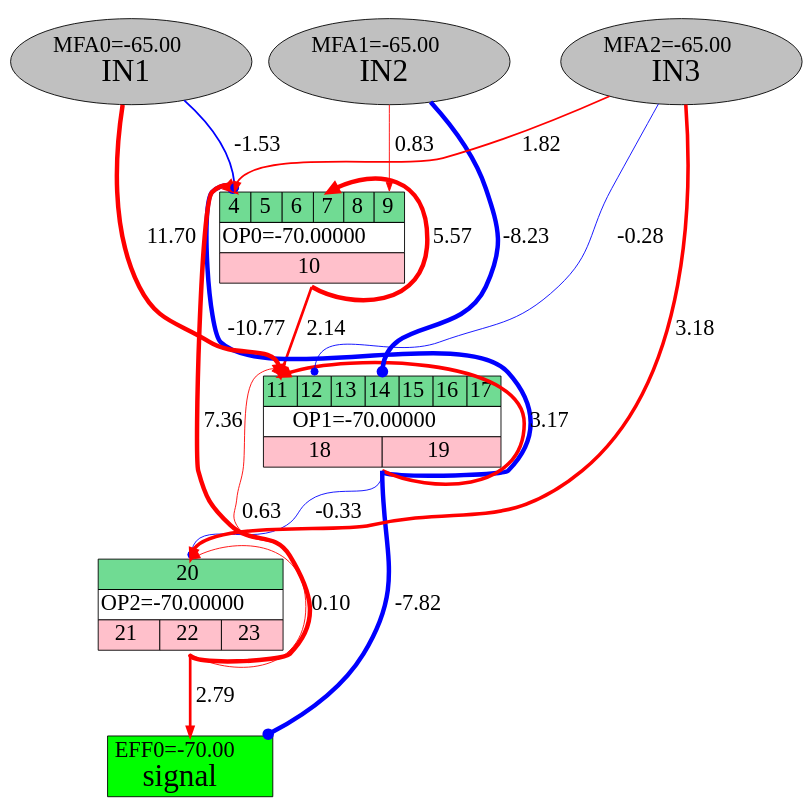
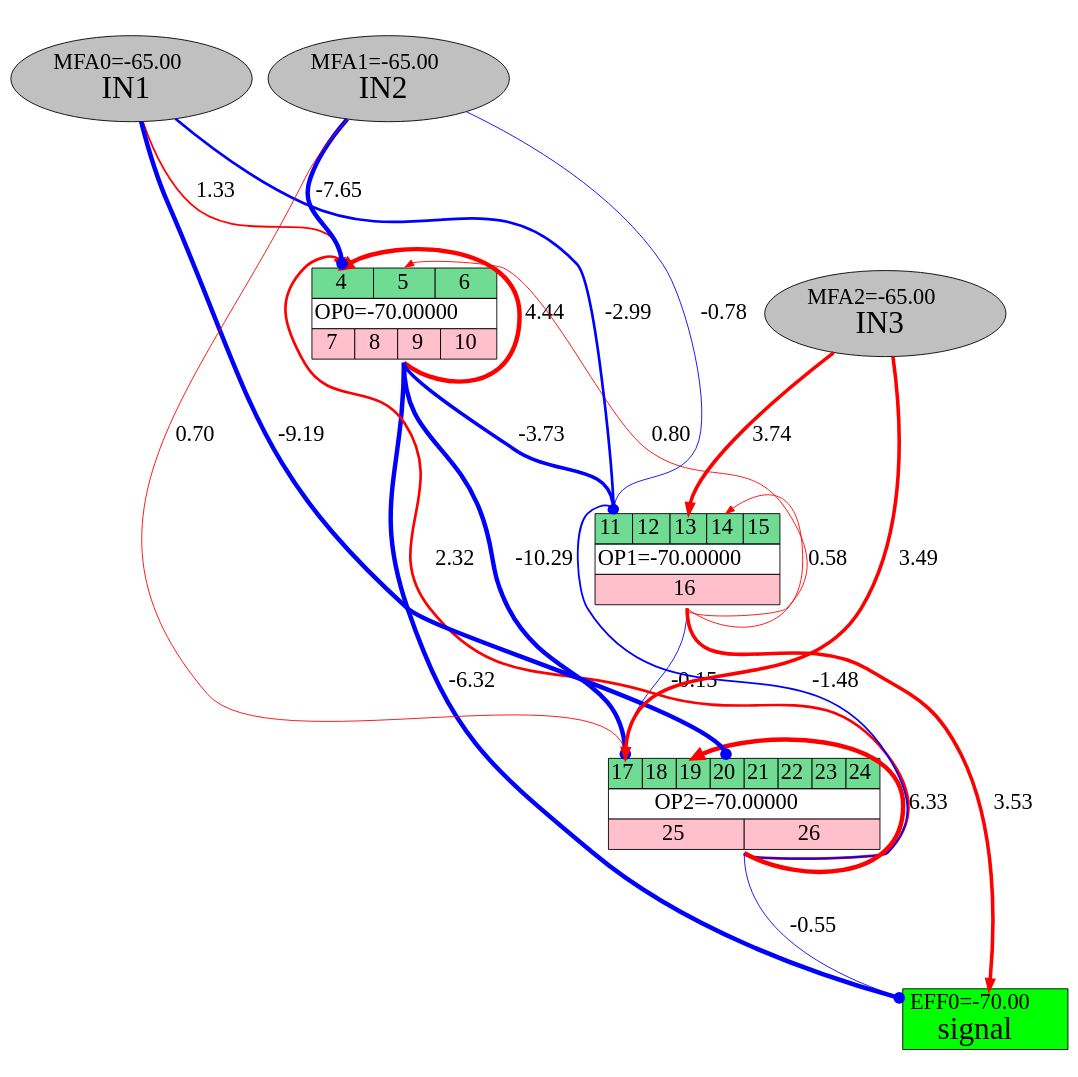
The diagram in Ch 5 Networks evolved with or without intrinsic noise/Experimental setup 1/Top 10 individuals evolved with noise/graphtemp.dot (yaqoobcs/greans-snns-tpr), drawn with Graphviz before and after one commit. The commit also changed 137 other files, not shown here.

```diff
--- a/Ch 5 Networks evolved with or without intrinsic noise/Experimental setup 1/Top 10 individuals evolved with noise/graphtemp.dot
+++ b/Ch 5 Networks evolved with or without intrinsic noise/Experimental setup 1/Top 10 individuals evolved with noise/graphtemp.dot
@@ -1,106 +1,112 @@
 digraph G {
 ratio=1;{
 	node [shape=plaintext]
 
 RU0 [label=<
 <TABLE BORDER="0" CELLBORDER="0" CELLSPACING="0" CELLPADDING="0">
  <TR><TD><TABLE BORDER="0" CELLBORDER="1" CELLSPACING="0" CELLPADDING="2"><TR>
 	<TD PORT="gene4" BGCOLOR="#70DB93"><FONT POINT-SIZE="25">4</FONT></TD>
 	<TD PORT="gene5" BGCOLOR="#70DB93"><FONT POINT-SIZE="25">5</FONT></TD>
 	<TD PORT="gene6" BGCOLOR="#70DB93"><FONT POINT-SIZE="25">6</FONT></TD>
-	<TD PORT="gene7" BGCOLOR="#70DB93"><FONT POINT-SIZE="25">7</FONT></TD>
-	<TD PORT="gene8" BGCOLOR="#70DB93"><FONT POINT-SIZE="25">8</FONT></TD>
-	<TD PORT="gene9" BGCOLOR="#70DB93"><FONT POINT-SIZE="25">9</FONT></TD>
  </TR></TABLE></TD></TR>
 
  <TR><TD><FONT POINT-SIZE="25">
 		<TABLE BORDER="0" CELLBORDER="1" CELLSPACING="0" CELLPADDING="2"><TR><TD>
 		OP0=-70.00000
 		</TD></TR></TABLE>
  </FONT></TD></TR>
 
  <TR><TD><TABLE BORDER="0" CELLBORDER="1" CELLSPACING="0" CELLPADDING="2"><TR>
+	<TD PORT="gene7" BGCOLOR="#FFC0CB"><FONT POINT-SIZE="25">7</FONT></TD>
+	<TD PORT="gene8" BGCOLOR="#FFC0CB"><FONT POINT-SIZE="25">8</FONT></TD>
+	<TD PORT="gene9" BGCOLOR="#FFC0CB"><FONT POINT-SIZE="25">9</FONT></TD>
 	<TD PORT="gene10" BGCOLOR="#FFC0CB"><FONT POINT-SIZE="25">10</FONT></TD>
  </TR></TABLE>
 
 </TD></TR></TABLE>>];
 
 RU1 [label=<
 <TABLE BORDER="0" CELLBORDER="0" CELLSPACING="0" CELLPADDING="0">
  <TR><TD><TABLE BORDER="0" CELLBORDER="1" CELLSPACING="0" CELLPADDING="2"><TR>
 	<TD PORT="gene11" BGCOLOR="#70DB93"><FONT POINT-SIZE="25">11</FONT></TD>
 	<TD PORT="gene12" BGCOLOR="#70DB93"><FONT POINT-SIZE="25">12</FONT></TD>
 	<TD PORT="gene13" BGCOLOR="#70DB93"><FONT POINT-SIZE="25">13</FONT></TD>
 	<TD PORT="gene14" BGCOLOR="#70DB93"><FONT POINT-SIZE="25">14</FONT></TD>
 	<TD PORT="gene15" BGCOLOR="#70DB93"><FONT POINT-SIZE="25">15</FONT></TD>
-	<TD PORT="gene16" BGCOLOR="#70DB93"><FONT POINT-SIZE="25">16</FONT></TD>
-	<TD PORT="gene17" BGCOLOR="#70DB93"><FONT POINT-SIZE="25">17</FONT></TD>
  </TR></TABLE></TD></TR>
 
  <TR><TD><FONT POINT-SIZE="25">
 		<TABLE BORDER="0" CELLBORDER="1" CELLSPACING="0" CELLPADDING="2"><TR><TD>
 		OP1=-70.00000
 		</TD></TR></TABLE>
  </FONT></TD></TR>
 
  <TR><TD><TABLE BORDER="0" CELLBORDER="1" CELLSPACING="0" CELLPADDING="2"><TR>
-	<TD PORT="gene18" BGCOLOR="#FFC0CB"><FONT POINT-SIZE="25">18</FONT></TD>
-	<TD PORT="gene19" BGCOLOR="#FFC0CB"><FONT POINT-SIZE="25">19</FONT></TD>
+	<TD PORT="gene16" BGCOLOR="#FFC0CB"><FONT POINT-SIZE="25">16</FONT></TD>
  </TR></TABLE>
 
 </TD></TR></TABLE>>];
 
 RU2 [label=<
 <TABLE BORDER="0" CELLBORDER="0" CELLSPACING="0" CELLPADDING="0">
  <TR><TD><TABLE BORDER="0" CELLBORDER="1" CELLSPACING="0" CELLPADDING="2"><TR>
+	<TD PORT="gene17" BGCOLOR="#70DB93"><FONT POINT-SIZE="25">17</FONT></TD>
+	<TD PORT="gene18" BGCOLOR="#70DB93"><FONT POINT-SIZE="25">18</FONT></TD>
+	<TD PORT="gene19" BGCOLOR="#70DB93"><FONT POINT-SIZE="25">19</FONT></TD>
 	<TD PORT="gene20" BGCOLOR="#70DB93"><FONT POINT-SIZE="25">20</FONT></TD>
+	<TD PORT="gene21" BGCOLOR="#70DB93"><FONT POINT-SIZE="25">21</FONT></TD>
+	<TD PORT="gene22" BGCOLOR="#70DB93"><FONT POINT-SIZE="25">22</FONT></TD>
+	<TD PORT="gene23" BGCOLOR="#70DB93"><FONT POINT-SIZE="25">23</FONT></TD>
+	<TD PORT="gene24" BGCOLOR="#70DB93"><FONT POINT-SIZE="25">24</FONT></TD>
  </TR></TABLE></TD></TR>
 
  <TR><TD><FONT POINT-SIZE="25">
 		<TABLE BORDER="0" CELLBORDER="1" CELLSPACING="0" CELLPADDING="2"><TR><TD>
 		OP2=-70.00000
 		</TD></TR></TABLE>
  </FONT></TD></TR>
 
  <TR><TD><TABLE BORDER="0" CELLBORDER="1" CELLSPACING="0" CELLPADDING="2"><TR>
-	<TD PORT="gene21" BGCOLOR="#FFC0CB"><FONT POINT-SIZE="25">21</FONT></TD>
-	<TD PORT="gene22" BGCOLOR="#FFC0CB"><FONT POINT-SIZE="25">22</FONT></TD>
-	<TD PORT="gene23" BGCOLOR="#FFC0CB"><FONT POINT-SIZE="25">23</FONT></TD>
+	<TD PORT="gene25" BGCOLOR="#FFC0CB"><FONT POINT-SIZE="25">25</FONT></TD>
+	<TD PORT="gene26" BGCOLOR="#FFC0CB"><FONT POINT-SIZE="25">26</FONT></TD>
  </TR></TABLE>
 
 </TD></TR></TABLE>>];
 
   node [shape=ellipse, style=filled, fillcolor="#C0C0C0"]
 
 MFA0 [label=<<FONT POINT-SIZE="25">MFA0=-65.00</FONT><BR/><FONT POINT-SIZE="35">IN1</FONT>>];
   node [shape=ellipse, style=filled, fillcolor="#C0C0C0"]
 
 MFA1 [label=<<FONT POINT-SIZE="25">MFA1=-65.00</FONT><BR/><FONT POINT-SIZE="35">IN2</FONT>>];
   node [shape=ellipse, style=filled, fillcolor="#C0C0C0"]
 
 MFA2 [label=<<FONT POINT-SIZE="25">MFA2=-65.00</FONT><BR/><FONT POINT-SIZE="35">IN3</FONT>>];
 
   node [shape=box, style=filled, fillcolor="#00FF00"]
 
 EFF0 [label=<<FONT POINT-SIZE="25">EFF0=-70.00</FONT><BR/><FONT POINT-SIZE="35">signal</FONT>>];
 
-RU1:s -> RU0:gene4:n [arrowhead=dot, weight=-21.53993, style="setlinewidth(5),solid", color="#0000FF", labeldistance="1", fontsize=25, label="-10.77"];
-RU2:s -> RU0:gene4:n [arrowhead=normal, weight=14.72988, style="setlinewidth(5),solid", color="#FF0000", labeldistance="1", fontsize=25, label="7.36"];
-RU0:s -> RU0:gene7:n [arrowhead=normal, weight=11.14032, style="setlinewidth(5),solid", color="#FF0000", labeldistance="1", fontsize=25, label="5.57"];
-RU0:s -> RU1:gene11:n [arrowhead=normal, weight=4.28400, style="setlinewidth(3),solid", color="#FF0000", labeldistance="1", fontsize=25, label="2.14"];
-RU1:s -> RU1:gene11:n [arrowhead=normal, weight=6.33936, style="setlinewidth(4),solid", color="#FF0000", labeldistance="1", fontsize=25, label="3.17"];
-RU2:s -> RU1:gene11:n [arrowhead=normal, weight=1.25178, style="setlinewidth(1),solid", color="#FF0000", labeldistance="1", fontsize=25, label="0.63"];
-RU1:s -> RU2:gene20:n [arrowhead=dot, weight=-0.66209, style="setlinewidth(1),solid", color="#0000FF", labeldistance="1", fontsize=25, label="-0.33"];
-RU2:s -> RU2:gene20:n [arrowhead=normal, weight=0.20788, style="setlinewidth(1),solid", color="#FF0000", labeldistance="1", fontsize=25, label="0.10"];
+RU0:s -> RU0:gene4:n [arrowhead=normal, weight=8.88729, style="setlinewidth(5),solid", color="#FF0000", labeldistance="1", fontsize=25, label="4.44"];
+RU2:s -> RU0:gene4:n [arrowhead=normal, weight=4.63692, style="setlinewidth(3),solid", color="#FF0000", labeldistance="1", fontsize=25, label="2.32"];
+RU1:s -> RU0:gene5:n [arrowhead=normal, weight=1.59117, style="setlinewidth(1),solid", color="#FF0000", labeldistance="1", fontsize=25, label="0.80"];
+RU0:s -> RU1:gene11:n [arrowhead=dot, weight=-7.45726, style="setlinewidth(4),solid", color="#0000FF", labeldistance="1", fontsize=25, label="-3.73"];
+RU2:s -> RU1:gene11:n [arrowhead=dot, weight=-2.95320, style="setlinewidth(2),solid", color="#0000FF", labeldistance="1", fontsize=25, label="-1.48"];
+RU1:s -> RU1:gene14:n [arrowhead=normal, weight=1.16243, style="setlinewidth(1),solid", color="#FF0000", labeldistance="1", fontsize=25, label="0.58"];
+RU0:s -> RU2:gene17:n [arrowhead=dot, weight=-20.57014, style="setlinewidth(5),solid", color="#0000FF", labeldistance="1", fontsize=25, label="-10.29"];
+RU1:s -> RU2:gene17:n [arrowhead=dot, weight=-0.29131, style="setlinewidth(1),solid", color="#0000FF", labeldistance="1", fontsize=25, label="-0.15"];
+RU2:s -> RU2:gene19:n [arrowhead=normal, weight=12.66051, style="setlinewidth(5),solid", color="#FF0000", labeldistance="1", fontsize=25, label="6.33"];
 
-MFA0 -> RU0:gene4:n [arrowhead=dot, weight=-3.06963, style="setlinewidth(2),solid", color="#0000FF", labeldistance="1", fontsize=25, label="-1.53"];
-MFA2 -> RU0:gene4:n [arrowhead=normal, weight=3.64273, style="setlinewidth(2),solid", color="#FF0000", labeldistance="1", fontsize=25, label="1.82"];
-MFA1 -> RU0:gene9:n [arrowhead=normal, weight=1.65993, style="setlinewidth(1),solid", color="#FF0000", labeldistance="1", fontsize=25, label="0.83"];
-MFA0 -> RU1:gene11:n [arrowhead=normal, weight=23.40379, style="setlinewidth(5),solid", color="#FF0000", labeldistance="1", fontsize=25, label="11.70"];
-MFA2 -> RU1:gene12:n [arrowhead=dot, weight=-0.56596, style="setlinewidth(1),solid", color="#0000FF", labeldistance="1", fontsize=25, label="-0.28"];
-MFA1 -> RU1:gene14:n [arrowhead=dot, weight=-16.45283, style="setlinewidth(5),solid", color="#0000FF", labeldistance="1", fontsize=25, label="-8.23"];
-MFA2 -> RU2:gene20:n [arrowhead=normal, weight=6.36229, style="setlinewidth(4),solid", color="#FF0000", labeldistance="1", fontsize=25, label="3.18"];
-RU1:s -> EFF0 [arrowhead=dot, weight=-15.63418, style="setlinewidth(5),solid", color="#0000FF", labeldistance="1", fontsize=25, label="-7.82"];
-RU2:s -> EFF0 [arrowhead=normal, weight=5.58088, style="setlinewidth(3),solid", color="#FF0000", labeldistance="1", fontsize=25, label="2.79"];
+MFA0 -> RU0:gene4:n [arrowhead=normal, weight=2.66094, style="setlinewidth(2),solid", color="#FF0000", labeldistance="1", fontsize=25, label="1.33"];
+MFA1 -> RU0:gene4:n [arrowhead=dot, weight=-15.29937, style="setlinewidth(5),solid", color="#0000FF", labeldistance="1", fontsize=25, label="-7.65"];
+MFA0 -> RU1:gene11:n [arrowhead=dot, weight=-5.98208, style="setlinewidth(3),solid", color="#0000FF", labeldistance="1", fontsize=25, label="-2.99"];
+MFA1 -> RU1:gene11:n [arrowhead=dot, weight=-1.56242, style="setlinewidth(1),solid", color="#0000FF", labeldistance="1", fontsize=25, label="-0.78"];
+MFA2 -> RU1:gene13:n [arrowhead=normal, weight=7.47190, style="setlinewidth(4),solid", color="#FF0000", labeldistance="1", fontsize=25, label="3.74"];
+MFA1 -> RU2:gene17:n [arrowhead=normal, weight=1.40578, style="setlinewidth(1),solid", color="#FF0000", labeldistance="1", fontsize=25, label="0.70"];
+MFA2 -> RU2:gene17:n [arrowhead=normal, weight=6.98648, style="setlinewidth(4),solid", color="#FF0000", labeldistance="1", fontsize=25, label="3.49"];
+MFA0 -> RU2:gene20:n [arrowhead=dot, weight=-18.37782, style="setlinewidth(5),solid", color="#0000FF", labeldistance="1", fontsize=25, label="-9.19"];
+RU0:s -> EFF0 [arrowhead=dot, weight=-12.63240, style="setlinewidth(5),solid", color="#0000FF", labeldistance="1", fontsize=25, label="-6.32"];
+RU1:s -> EFF0 [arrowhead=normal, weight=7.06891, style="setlinewidth(4),solid", color="#FF0000", labeldistance="1", fontsize=25, label="3.53"];
+RU2:s -> EFF0 [arrowhead=dot, weight=-1.10996, style="setlinewidth(1),solid", color="#0000FF", labeldistance="1", fontsize=25, label="-0.55"];
 }
 }
```
